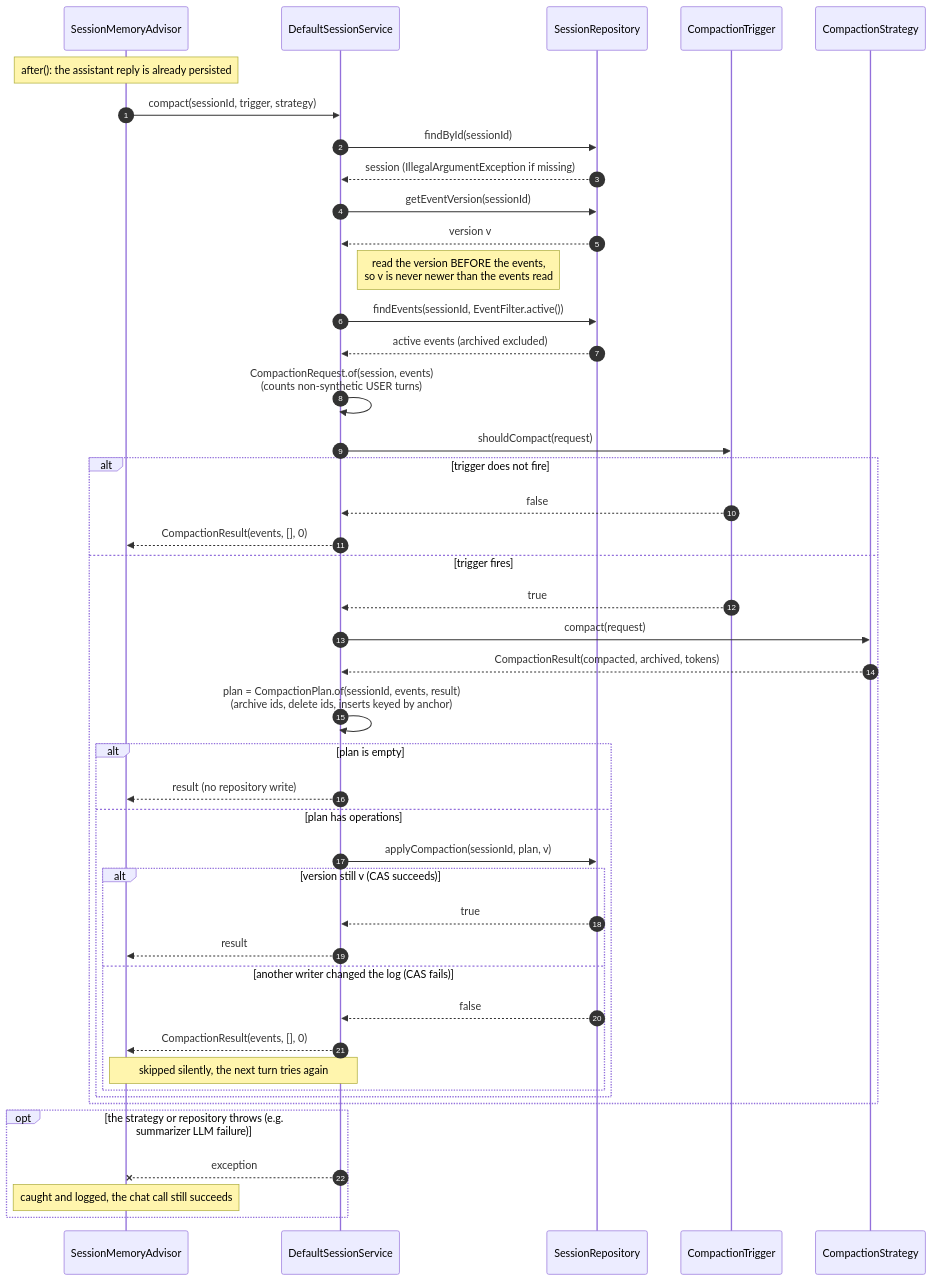
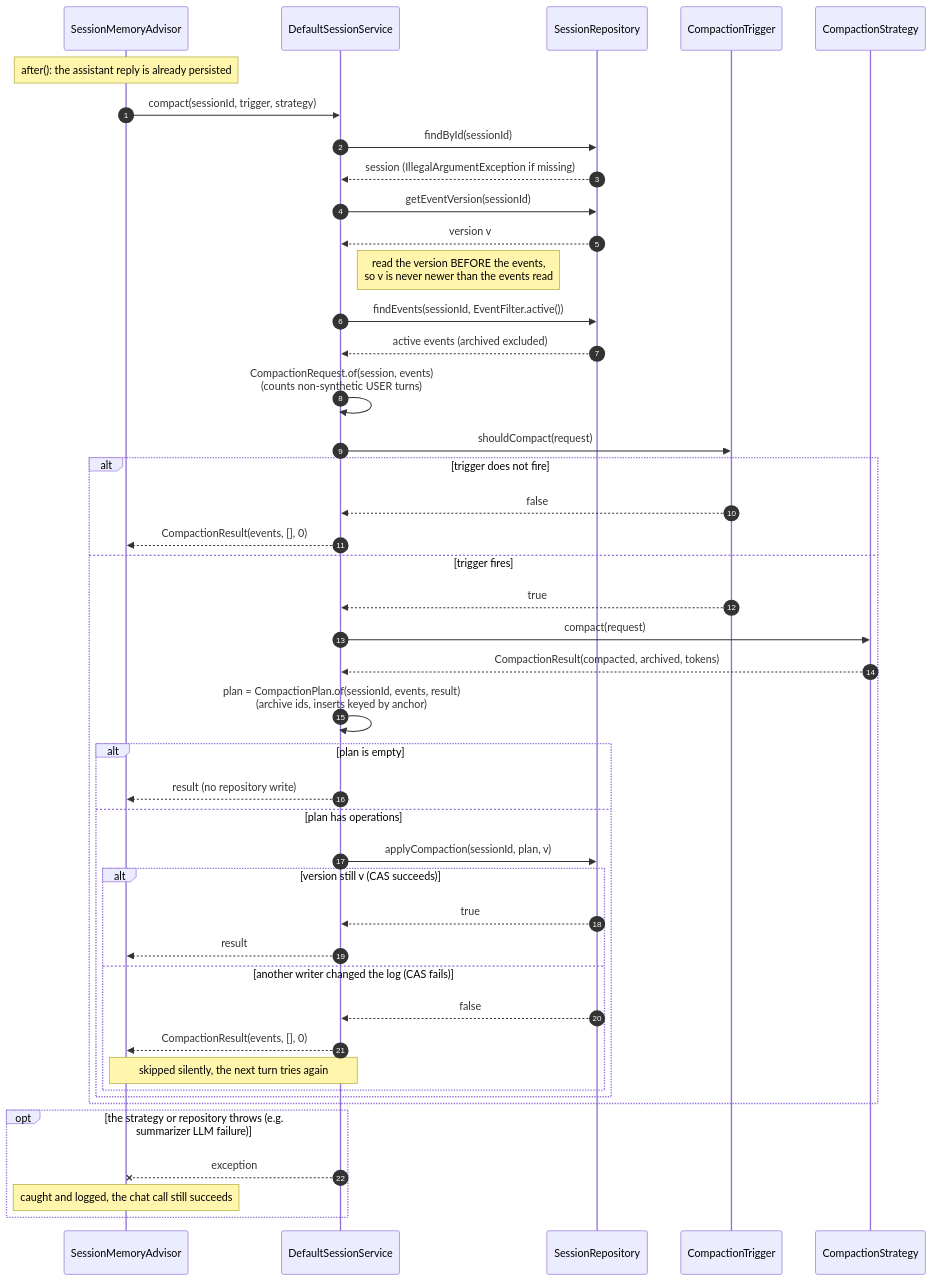
One commit to spring-ai-community/spring-ai-session changed the fourth of 7 diagrams in docs/session-management/compaction-internals.md. Above: the diagram before and after it, drawn with Mermaid. The commit also changed other lines of this file and 19 other files, not shown here.

````diff
--- a/docs/session-management/compaction-internals.md
+++ b/docs/session-management/compaction-internals.md
@@ -201,47 +199,47 @@
 ```mermaid
 sequenceDiagram
     autonumber
     participant Adv as SessionMemoryAdvisor
     participant Svc as DefaultSessionService
     participant Repo as SessionRepository
     participant Trg as CompactionTrigger
     participant Str as CompactionStrategy
 
     Note over Adv: after(): the assistant reply is already persisted
     Adv->>Svc: compact(sessionId, trigger, strategy)
     Svc->>Repo: findById(sessionId)
     Repo-->>Svc: session (IllegalArgumentException if missing)
     Svc->>Repo: getEventVersion(sessionId)
     Repo-->>Svc: version v
     Note right of Svc: read the version BEFORE the events,<br/>so v is never newer than the events read
     Svc->>Repo: findEvents(sessionId, EventFilter.active())
     Repo-->>Svc: active events (archived excluded)
     Svc->>Svc: CompactionRequest.of(session, events)<br/>(counts non-synthetic USER turns)
     Svc->>Trg: shouldCompact(request)
     alt trigger does not fire
         Trg-->>Svc: false
         Svc-->>Adv: CompactionResult(events, [], 0)
     else trigger fires
         Trg-->>Svc: true
         Svc->>Str: compact(request)
         Str-->>Svc: CompactionResult(compacted, archived, tokens)
-        Svc->>Svc: plan = CompactionPlan.of(sessionId, events, result)<br/>(archive ids, delete ids, inserts keyed by anchor)
+        Svc->>Svc: plan = CompactionPlan.of(sessionId, events, result)<br/>(archive ids, inserts keyed by anchor)
         alt plan is empty
             Svc-->>Adv: result (no repository write)
         else plan has operations
             Svc->>Repo: applyCompaction(sessionId, plan, v)
             alt version still v (CAS succeeds)
                 Repo-->>Svc: true
                 Svc-->>Adv: result
             else another writer changed the log (CAS fails)
                 Repo-->>Svc: false
                 Svc-->>Adv: CompactionResult(events, [], 0)
                 Note over Svc,Adv: skipped silently, the next turn tries again
             end
         end
     end
     opt the strategy or repository throws (e.g. summarizer LLM failure)
         Svc--xAdv: exception
         Note over Adv: caught and logged, the chat call still succeeds
     end
 ```
````
